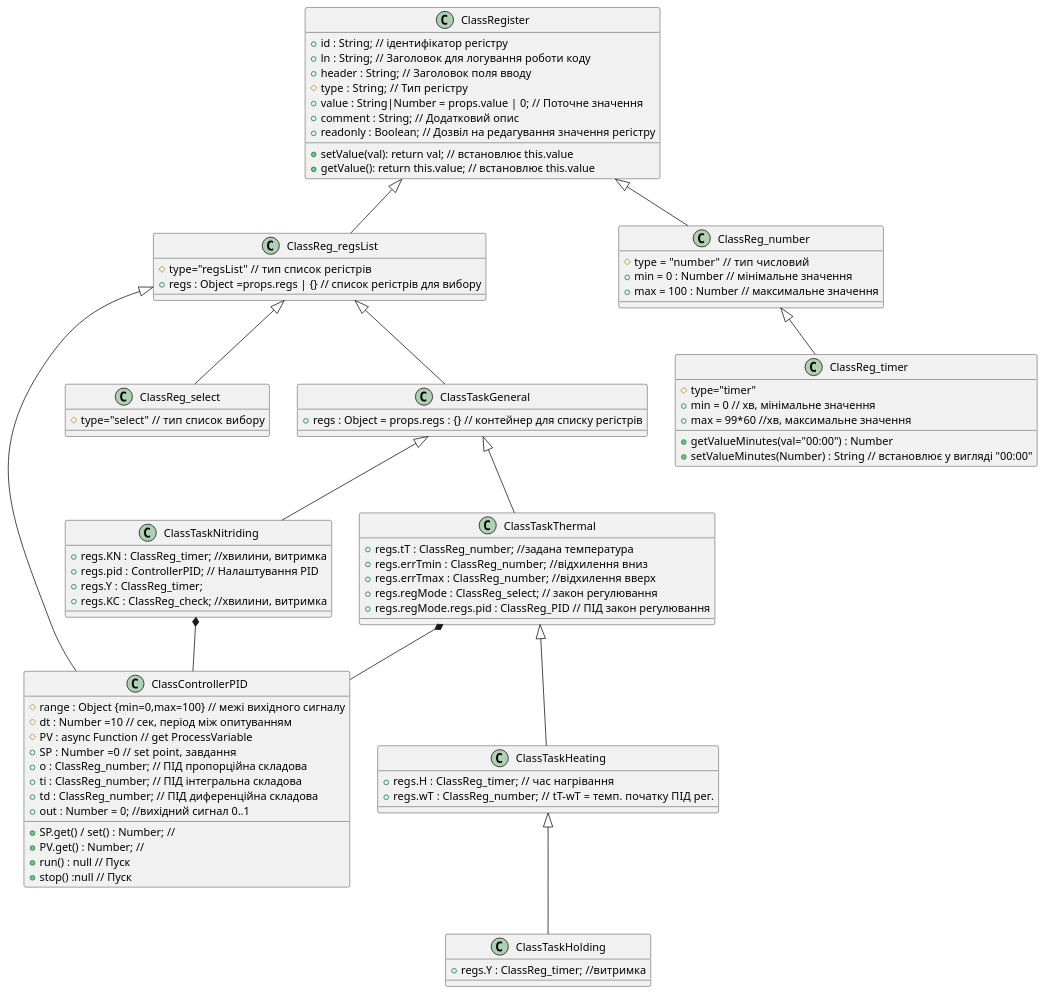
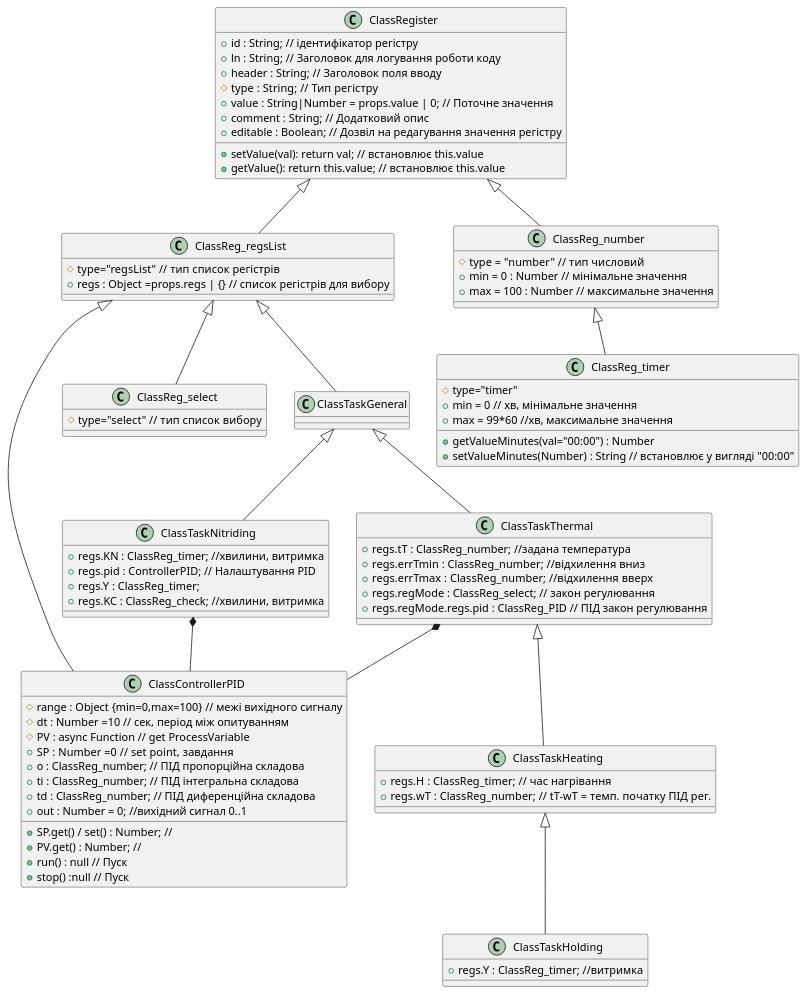
One commit to YVitalii/ASUTP2021 changed the diagram in controllers/tasksController/ClassesTaskDiagrams.puml. Above: the diagram before and after it, drawn with PlantUML. The commit also changed 16 other files, not shown here.

```diff
--- a/controllers/tasksController/ClassesTaskDiagrams.puml
+++ b/controllers/tasksController/ClassesTaskDiagrams.puml
@@ -2,115 +2,115 @@
 @startuml ClassTasks
 
 class ClassRegister { 
     +id : String; // ідентифікатор регістру
     +ln : String; // Заголовок для логування роботи коду
     +header : String; // Заголовок поля вводу
     #type :  String; // Тип регістру
     +value : String|Number = props.value | 0; // Поточне значення
     +comment : String; // Додатковий опис
-    +readonly : Boolean; // Дозвіл на редагування значення регістру
+    +editable : Boolean; // Дозвіл на редагування значення регістру
     +setValue(val): return val; // встановлює this.value
     +getValue(): return this.value; // встановлює this.value
 }
 
 class ClassReg_regsList {
     #type="regsList"  // тип список регістрів
     +regs : Object =props.regs | {} // список регістрів для вибору
 }
 
 ClassRegister <|-- ClassReg_regsList
 
 class ClassTaskGeneral {
-    +regs : Object = props.regs : {} // контейнер для списку регістрів
+'    //+regs : Object = props.regs : {} // контейнер для списку регістрів
 }
 
 ClassReg_regsList <|-- ClassTaskGeneral
 
 class ClassControllerPID {
     #range : Object {min=0,max=100} // межі вихідного сигналу
     #dt : Number =10 // сек, період між опитуванням
     #PV : async Function // get ProcessVariable
     +SP : Number =0  // set point, завдання
     +o : ClassReg_number; // ПІД пропорційна складова
     +ti : ClassReg_number; // ПІД інтегральна складова
     +td : ClassReg_number; // ПІД диференційна складова
     +out : Number = 0; //вихідний сигнал 0..1
     +SP.get() / set() : Number; //
     +PV.get() : Number; //
     +run() : null // Пуск
     +stop() :null // Пуск
 }
 ClassReg_regsList <|-- ClassControllerPID
 ' Поки закон ПОЗ - невикористовуємо
 ' class POScontroller { 
 '     o : ClassReg_number; // неузг.температури
 ' }
 
 class ClassTaskThermal {
     +regs.tT : ClassReg_number; //задана температура
     +regs.errTmin :  ClassReg_number; //відхилення вниз
     +regs.errTmax :  ClassReg_number; //відхилення вверх
     +regs.regMode : ClassReg_select; // закон регулювання
     ' +regs.regMode.regs.pos : POScontroller; // ПОЗ закон регулювання
     +regs.regMode.regs.pid : ClassReg_PID // ПІД закон регулювання
     
  }
 
 ClassTaskThermal *-- ClassControllerPID
 ' ClassTaskThermal *-- POScontroller
 
 class ClassTaskHeating {
     +regs.H :  ClassReg_timer; // час нагрівання
     +regs.wT :  ClassReg_number; // tT-wT = темп. початку ПІД рег.
 }
 
 class ClassTaskHolding {
     +regs.Y : ClassReg_timer; //витримка 
 } 
 
 
 
 ClassTaskGeneral <|--  ClassTaskThermal
 ClassTaskThermal  <|--  ClassTaskHeating
 ClassTaskHeating  <|-- ClassTaskHolding
 
 ' -------------  Nitriding Process --------------------------------
 class ClassTaskNitriding {
     +regs.KN : ClassReg_timer; //хвилини, витримка 
     +regs.pid : ControllerPID; // Налаштування PID
     +regs.Y : ClassReg_timer;
     +regs.KC : ClassReg_check; //хвилини, витримка
 
 } 
 ClassTaskGeneral <|--  ClassTaskNitriding
 ClassTaskNitriding *-- ClassControllerPID
 
 class ClassReg_number {
     #type = "number"  // тип числовий
     +min = 0 : Number // мінімальне значення  
     +max = 100 : Number // максимальне значення
 }
 ClassRegister <|-- ClassReg_number
 
 
 
 
 
 class ClassReg_select {
     #type="select"  // тип список вибору
 }
 
 ClassReg_regsList <|-- ClassReg_select
 
 
 class ClassReg_timer {
     #type="timer"
     +min = 0 // хв, мінімальне значення  
     +max = 99*60 //хв, максимальне значення
     +getValueMinutes(val="00:00") : Number
     +setValueMinutes(Number) : String // встановлює у вигляді "00:00" 
  }
 
  ClassReg_number <|-- ClassReg_timer
 
 @enduml
```
